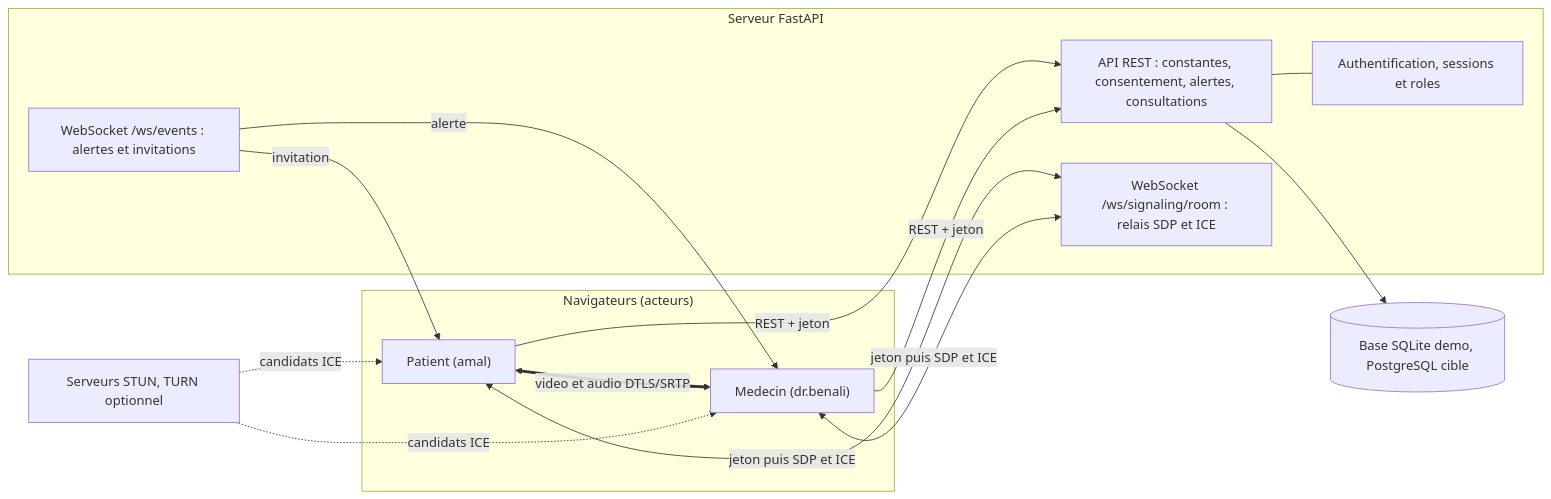
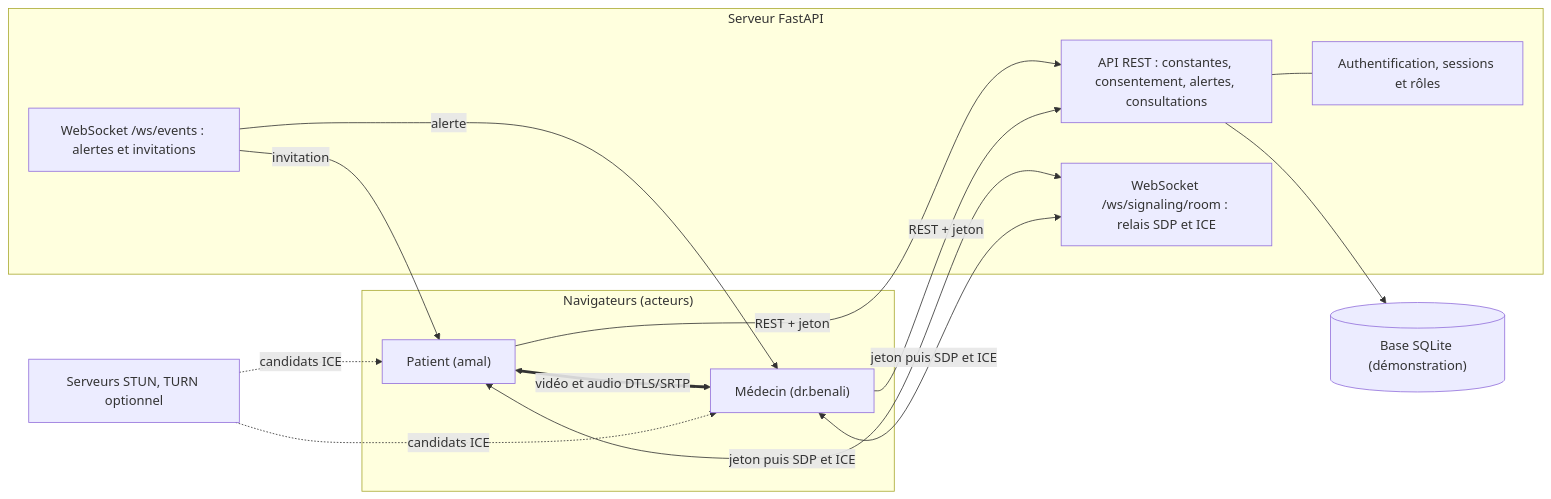
Before and after one commit to Marouan333/sahalink: the first of 2 diagrams in docs/architecture.md, drawn with Mermaid. The commit also changed other lines of this file and 15 other files, not shown here.

First line of the commit message:
feat: patient registration, patient list, vital-sign charts, hardening, accents

````diff
--- a/docs/architecture.md
+++ b/docs/architecture.md
@@ -9,27 +9,27 @@
 ```mermaid
 flowchart LR
   subgraph Clients["Navigateurs (acteurs)"]
     P["Patient (amal)"]
-    D["Medecin (dr.benali)"]
+    D["Médecin (dr.benali)"]
   end
   subgraph Serveur["Serveur FastAPI"]
     API["API REST : constantes, consentement, alertes, consultations"]
-    AUTH["Authentification, sessions et roles"]
+    AUTH["Authentification, sessions et rôles"]
     EV["WebSocket /ws/events : alertes et invitations"]
     SIG["WebSocket /ws/signaling/room : relais SDP et ICE"]
   end
-  DB[("Base SQLite demo, PostgreSQL cible")]
+  DB[("Base SQLite (démonstration)")]
   ICE["Serveurs STUN, TURN optionnel"]
 
   P -->|"REST + jeton"| API
   D -->|"REST + jeton"| API
   API --- AUTH
   API --> DB
   EV -->|"alerte"| D
   EV -->|"invitation"| P
   P <-->|"jeton puis SDP et ICE"| SIG
   D <-->|"jeton puis SDP et ICE"| SIG
-  P <==>|"video et audio DTLS/SRTP"| D
+  P <==>|"vidéo et audio DTLS/SRTP"| D
   ICE -.->|"candidats ICE"| P
   ICE -.->|"candidats ICE"| D
 ```
````
